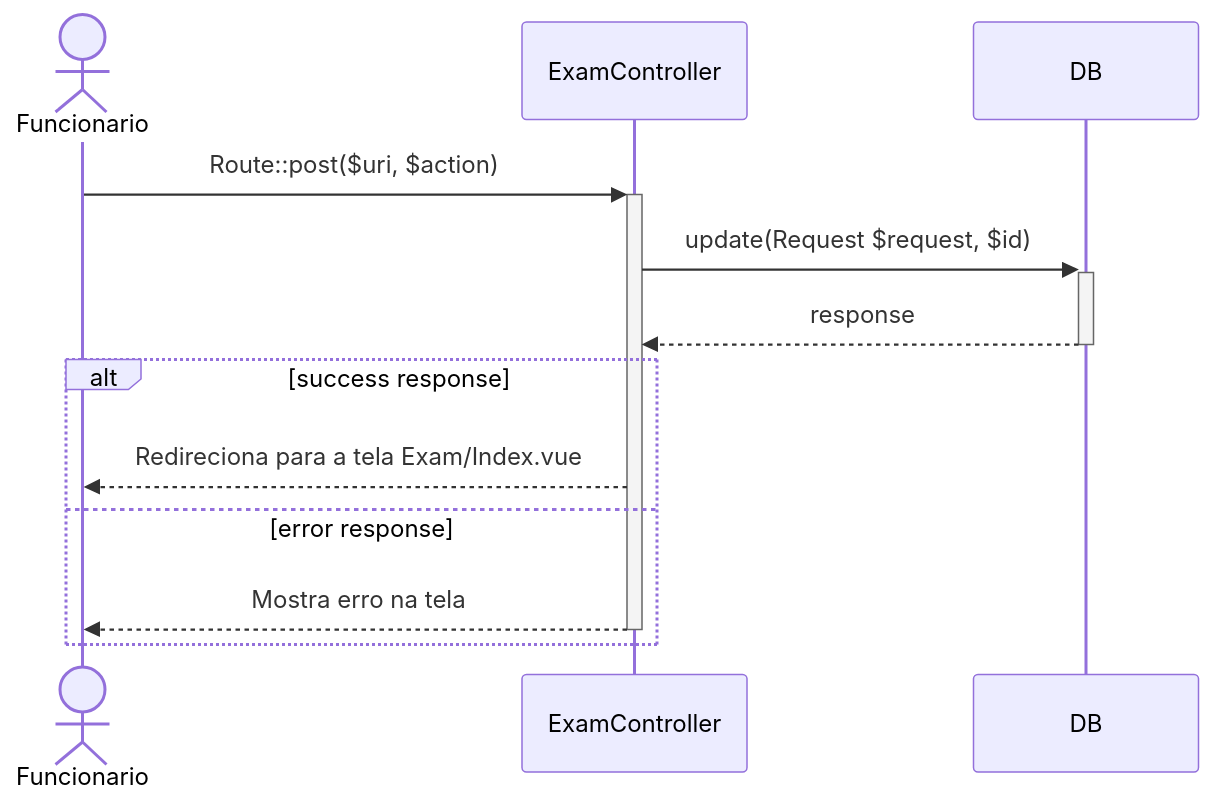
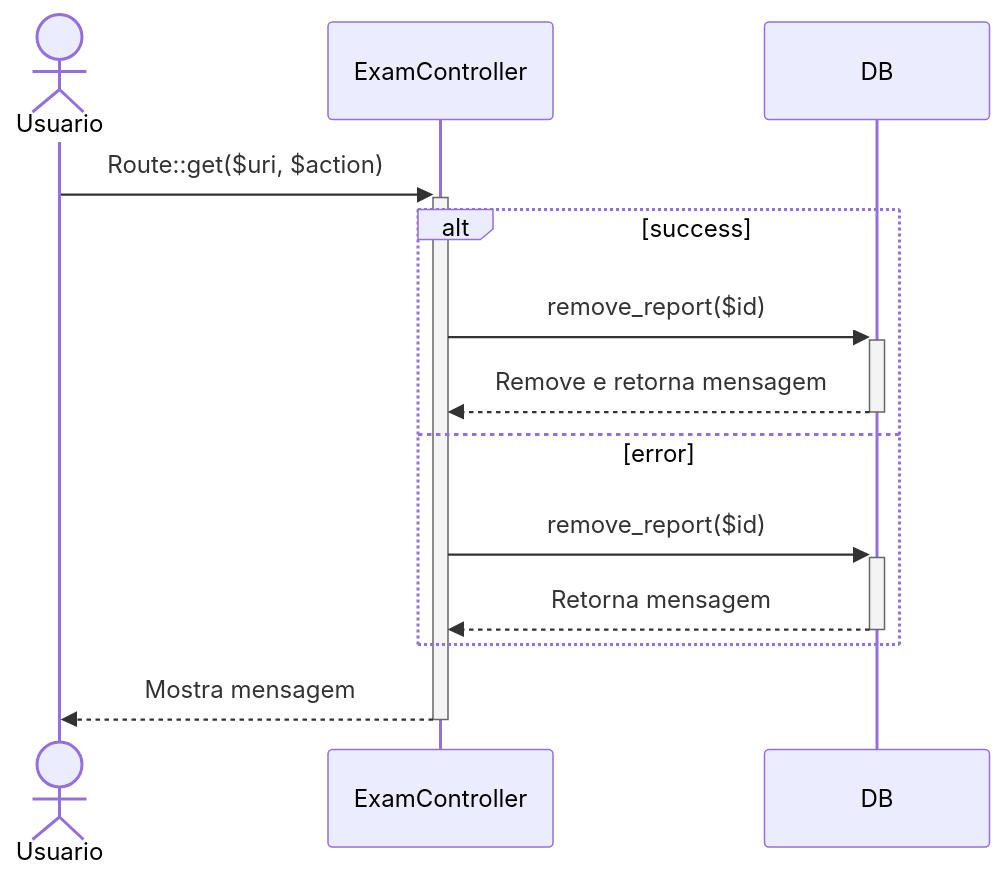
Before and after one commit to UniFil-NPI/ProjetoAnalisesClinicas: the fourth of 4 diagrams in docs/diagramas_de_sequencia/UC005_gerenciar_laudo.md, drawn with Mermaid. The commit also changed other lines of this file and 1 other file, not shown here.

Commit message:
diagramas de sequencia atualizados

````diff
--- a/docs/diagramas_de_sequencia/UC005_gerenciar_laudo.md
+++ b/docs/diagramas_de_sequencia/UC005_gerenciar_laudo.md
@@ -46,15 +68,16 @@
 ```mermaid
 sequenceDiagram
 
-actor Funcionario
+actor Usuario 
 
-Funcionario->>+ExamController: Route::post($uri, $action)
-ExamController->>+DB: update(Request $request, $id)
-DB-->>-ExamController: response
-alt success response
-    ExamController-->>Funcionario: Redireciona para a tela Exam/Index.vue
-else error response
-    ExamController-->>-Funcionario: Mostra erro na tela
+Usuario->>+ExamController: Route::get($uri, $action)
+alt success
+ExamController->>+DB: remove_report($id)
+DB-->>-ExamController: Remove e retorna mensagem
+else error
+ExamController->>+DB: remove_report($id)
+DB-->>-ExamController: Retorna mensagem
 end
+ExamController-->>-Usuario: Mostra mensagem
 
 ```
````
